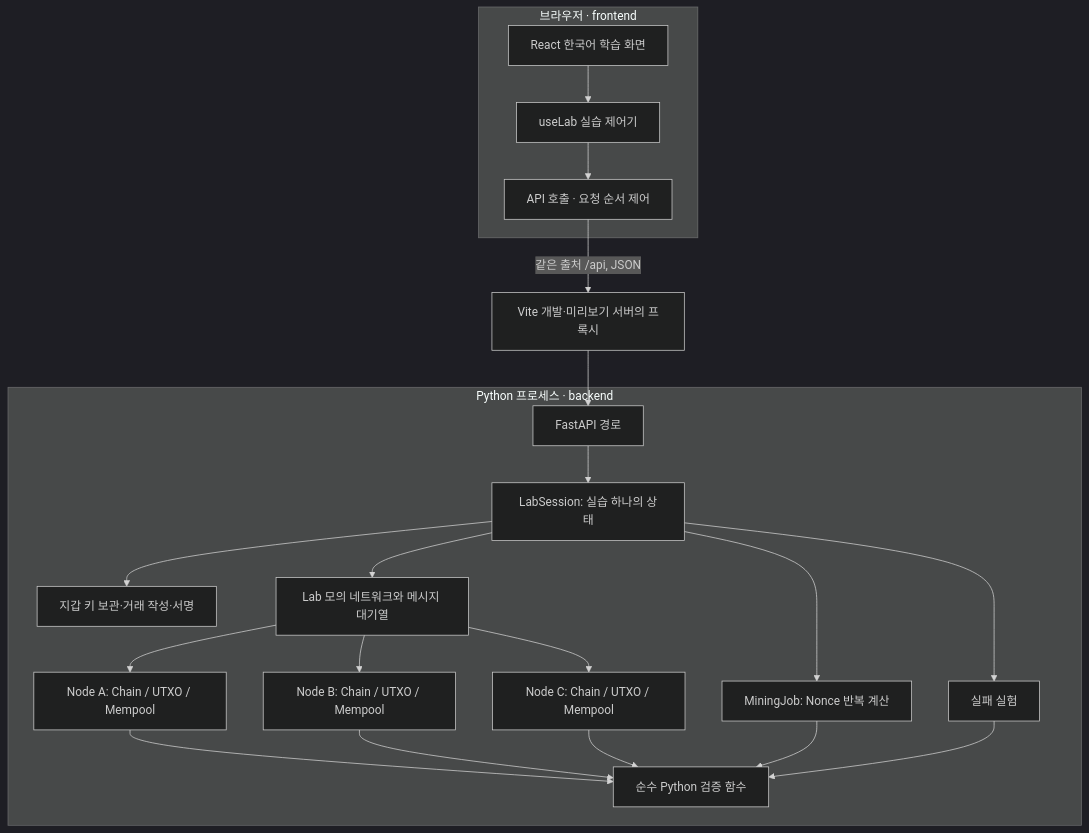
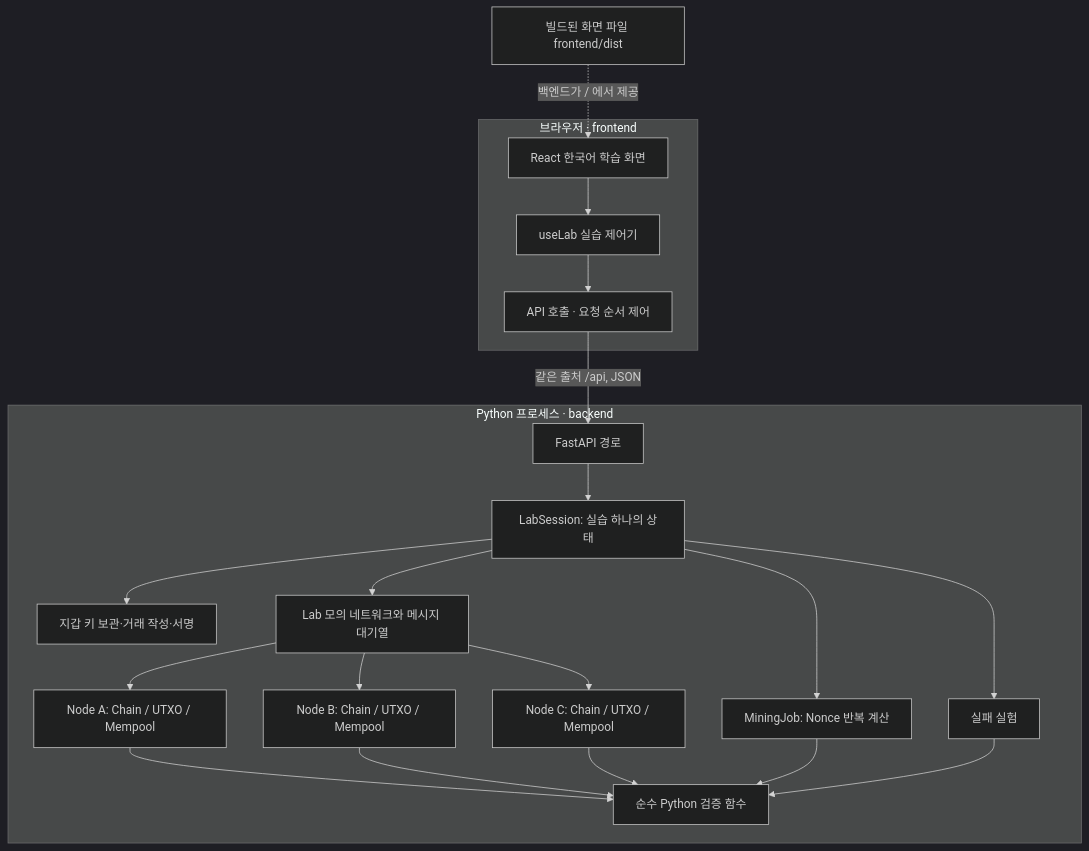
Before and after one commit to jiho6367-design/mini-bitcoin-education: the diagram in docs/architecture.md, drawn with Mermaid (dark theme). The commit also changed other lines of this file and 21 other files, not shown here.

````diff
--- a/docs/architecture.md
+++ b/docs/architecture.md
@@ -5,24 +5,24 @@
 ```mermaid
 flowchart TD
   subgraph Browser[브라우저 · frontend]
     UI[React 한국어 학습 화면] --> Controller[useLab 실습 제어기]
     Controller --> Client[API 호출 · 요청 순서 제어]
   end
-  Client -->|같은 출처 /api, JSON| Proxy[Vite 개발·미리보기 서버의 프록시]
-  Proxy --> API[FastAPI 경로]
+  Client -->|같은 출처 /api, JSON| API[FastAPI 경로]
+  Static[빌드된 화면 파일 frontend/dist] -.->|백엔드가 / 에서 제공| UI
   subgraph Backend[Python 프로세스 · backend]
     API --> Session[LabSession: 실습 하나의 상태]
     Session --> Wallet[지갑 키 보관·거래 작성·서명]
     Session --> Lab[Lab 모의 네트워크와 메시지 대기열]
     Session --> Mining[MiningJob: Nonce 반복 계산]
     Session --> Experiments[실패 실험]
     Lab --> A[Node A: Chain / UTXO / Mempool]
     Lab --> B[Node B: Chain / UTXO / Mempool]
     Lab --> C[Node C: Chain / UTXO / Mempool]
     A --> Core[순수 Python 검증 함수]
     B --> Core
     C --> Core
     Mining --> Core
     Experiments --> Core
   end
 ```
````
